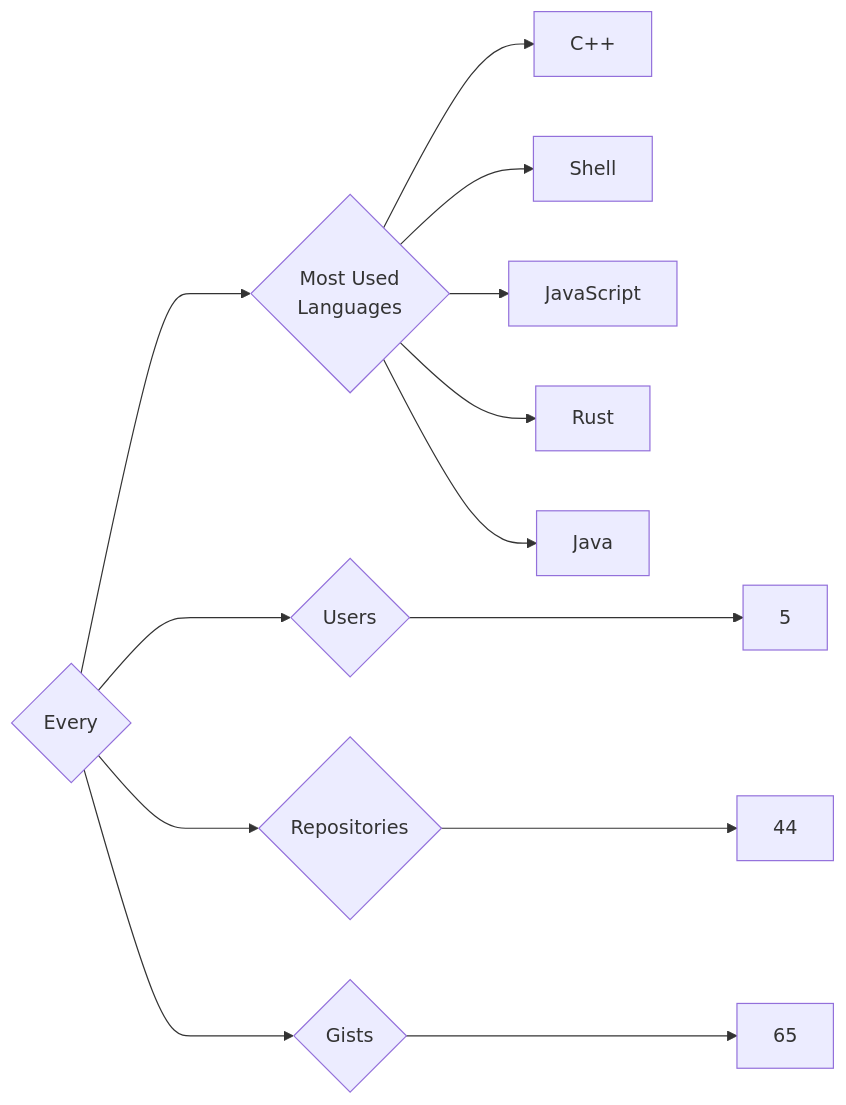
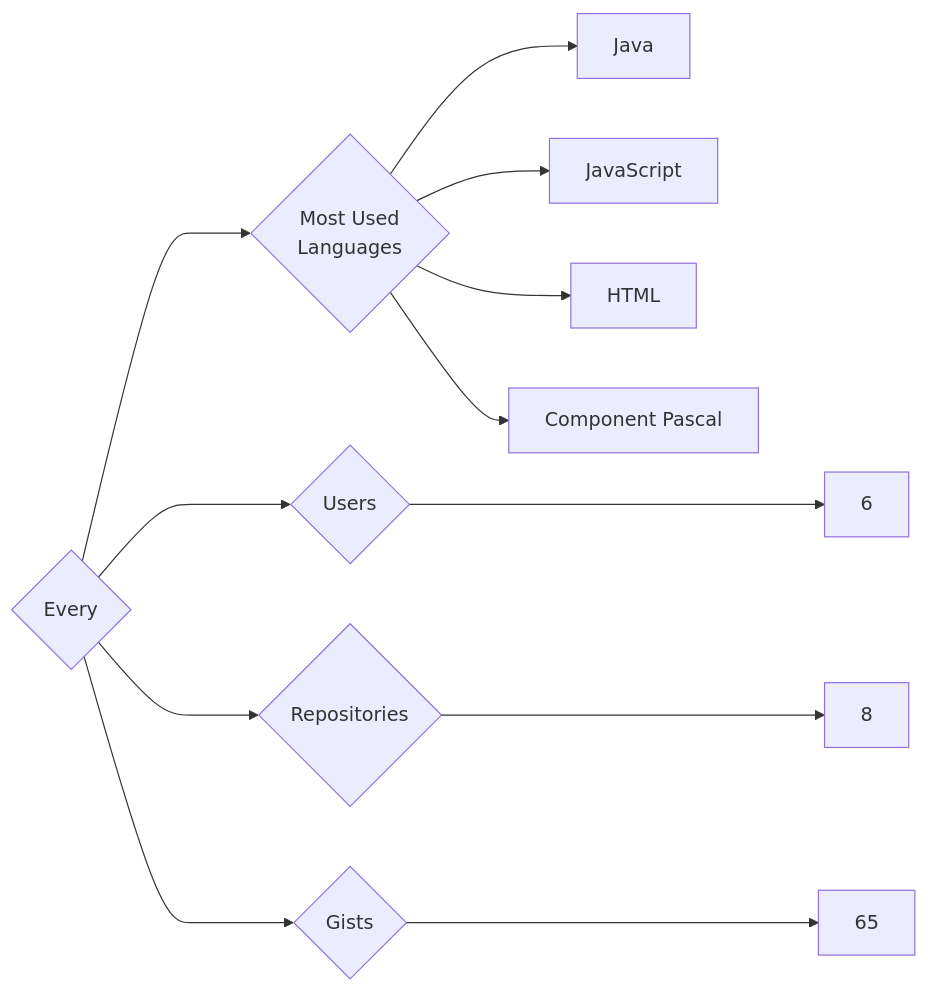
The diagram in targets/Every/README.md (trickest/insiders), drawn with Mermaid before and after one commit. The commit also changed 925 other files, not shown here.

````diff
--- a/targets/Every/README.md
+++ b/targets/Every/README.md
@@ -3,13 +3,12 @@
 ```mermaid
 graph LR
 COMPANY_NAME{Every}
-COMPANY_NAME ---> U{Users} ---> UN[5]
-COMPANY_NAME ---> R{Repositories} ---> RN[44]
+COMPANY_NAME ---> U{Users} ---> UN[6]
+COMPANY_NAME ---> R{Repositories} ---> RN[8]
 COMPANY_NAME ---> G{Gists} ---> GN[65]
 COMPANY_NAME ---> ML{Most Used<br>Languages}
-ML --> C++[C++]
-ML --> Shell[Shell]
+ML --> Java[Java]
 ML --> JavaScript[JavaScript]
-ML --> Rust[Rust]
-ML --> Java[Java]
+ML --> HTML[HTML]
+ML --> Component_Pascal[Component Pascal]
 ```
````
